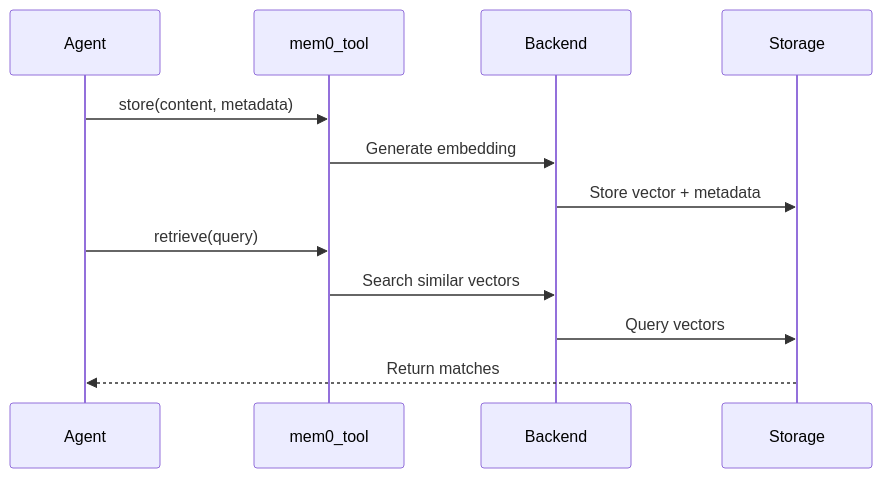
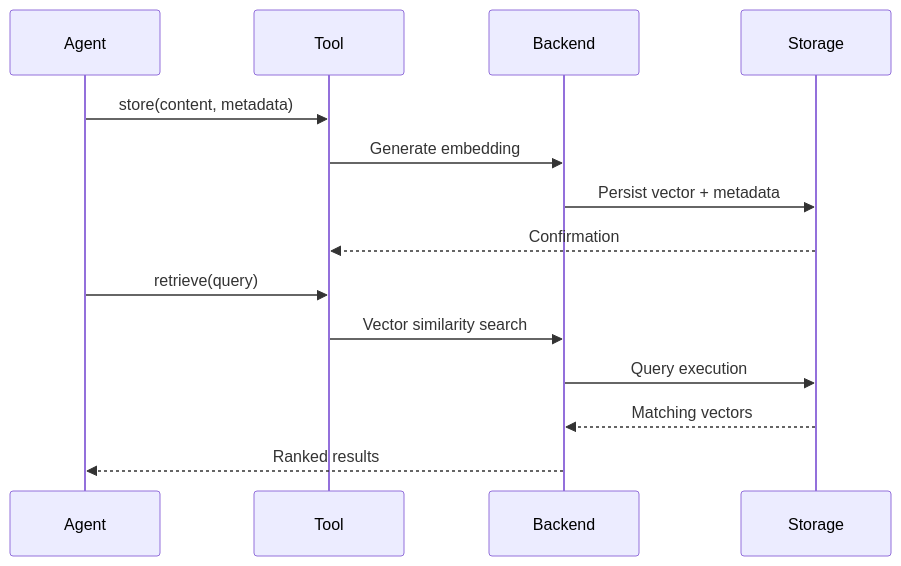
Before and after one commit to westonbrown/Cyber-AutoAgent: the second of 2 diagrams in docs/memory.md, drawn with Mermaid. The commit also changed other lines of this file and 10 other files, not shown here.

````diff
--- a/docs/memory.md
+++ b/docs/memory.md
@@ -41,16 +44,18 @@
 ```mermaid
 sequenceDiagram
     participant Agent
-    participant mem0_tool
+    participant Tool
     participant Backend
     participant Storage
-    
-    Agent->>mem0_tool: store(content, metadata)
-    mem0_tool->>Backend: Generate embedding
-    Backend->>Storage: Store vector + metadata
-    
-    Agent->>mem0_tool: retrieve(query)
-    mem0_tool->>Backend: Search similar vectors
-    Backend->>Storage: Query vectors
-    Storage-->>Agent: Return matches
+
+    Agent->>Tool: store(content, metadata)
+    Tool->>Backend: Generate embedding
+    Backend->>Storage: Persist vector + metadata
+    Storage-->>Tool: Confirmation
+
+    Agent->>Tool: retrieve(query)
+    Tool->>Backend: Vector similarity search
+    Backend->>Storage: Query execution
+    Storage-->>Backend: Matching vectors
+    Backend-->>Agent: Ranked results
 ```
````
